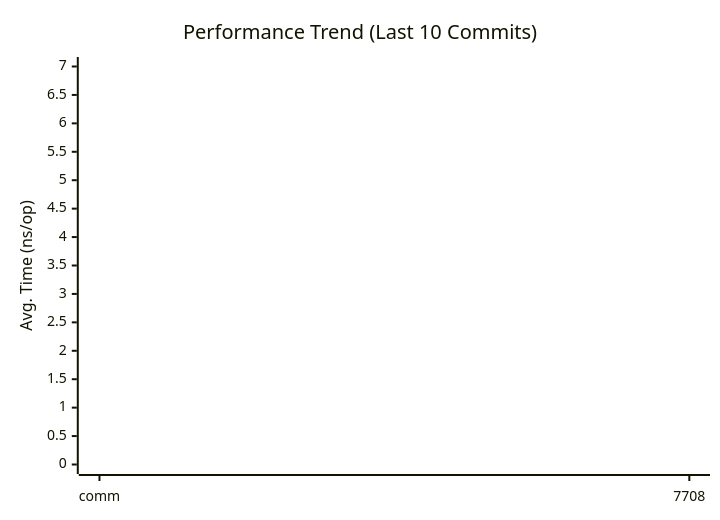
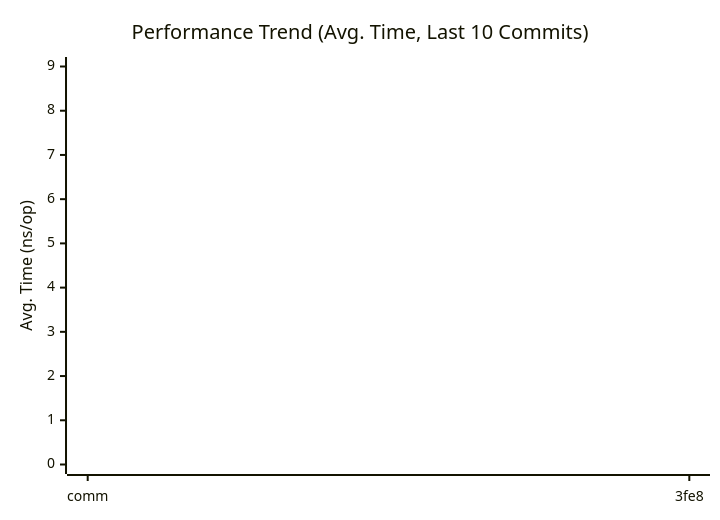
One commit to alsotoes/momo changed the first of 3 diagrams in doc/README.md. Above: the diagram before and after it, drawn with Mermaid. The commit also changed other lines of this file and 1 other file, not shown here.

````diff
--- a/doc/README.md
+++ b/doc/README.md
@@ -281,10 +281,10 @@
 ```mermaid
 xychart-beta
-    title "Performance Trend (Last 10 Commits)"
+    title "Performance Trend (Avg. Time, Last 10 Commits)"
     x-axis "Commit"
     y-axis "Avg. Time (ns/op)"
-    x-axis [comm,7708]
-    line "CheckMetricsAndSwap" [7]
+    x-axis [comm,3fe8]
+    line "CheckMetricsAndSwap" [9]
     line "IndexDirectTracking" [0]
-    line "IndexSearch" [4]
+    line "IndexSearch" [3]
 ```
````
